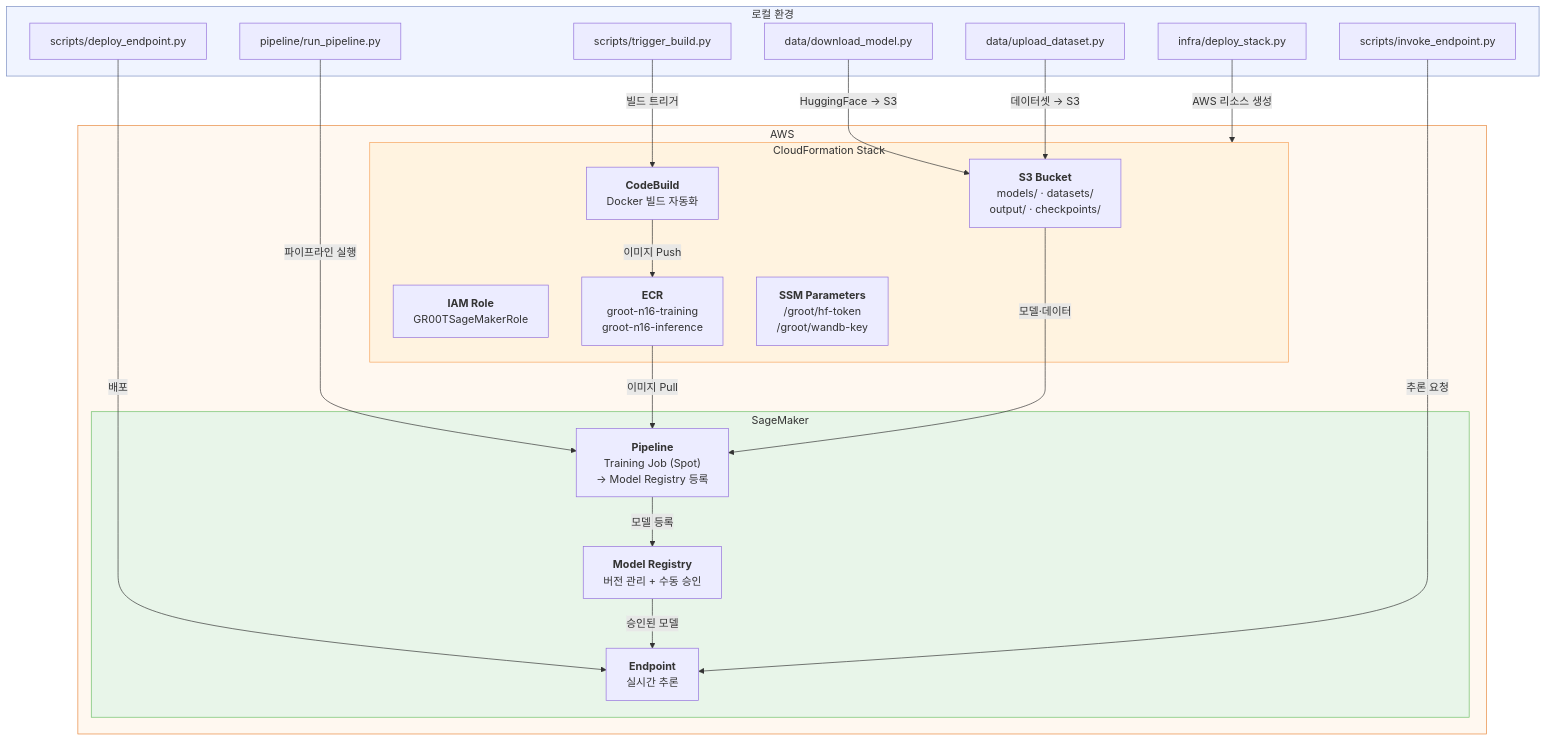
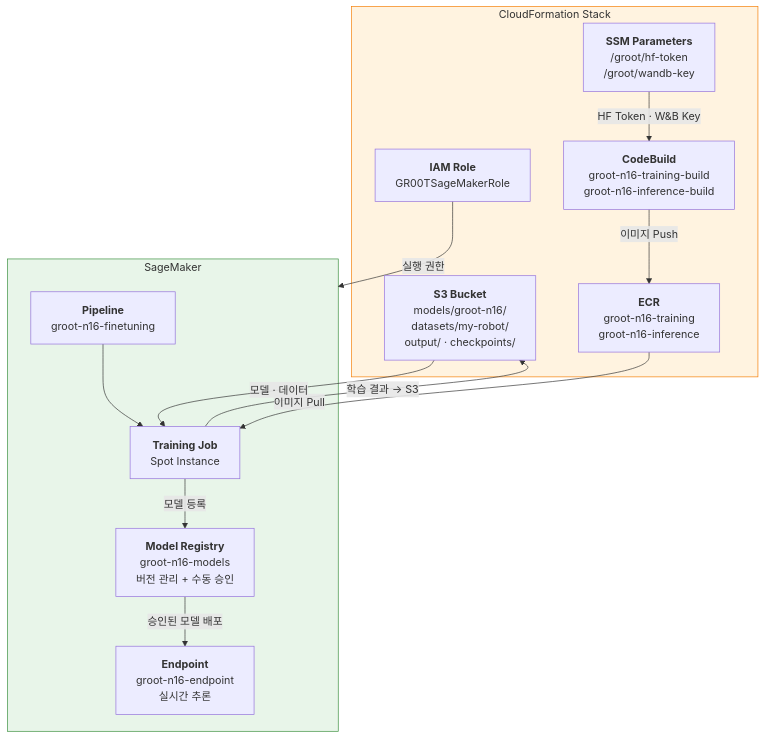
One commit to hi-space/aws-physical-ai-recipes changed the third of 3 diagrams in groot-sm-training/README.md. Above: the diagram before and after it, drawn with Mermaid. The commit also changed other lines of this file, not shown here.

Commit message:
docs: replace ASCII diagrams with Mermaid in READMEs

````diff
--- a/groot-sm-training/README.md
+++ b/groot-sm-training/README.md
@@ -48,46 +82,30 @@
 ```mermaid
-graph TB
-    subgraph LOCAL ["로컬 환경"]
-        L1["infra/deploy_stack.py"]
-        L2["data/download_model.py"]
-        L3["data/upload_dataset.py"]
-        L4["scripts/trigger_build.py"]
-        L5["pipeline/run_pipeline.py"]
-        L6["scripts/deploy_endpoint.py"]
-        L7["scripts/invoke_endpoint.py"]
+flowchart TB
+    subgraph CFN ["CloudFormation Stack"]
+        S3["<b>S3 Bucket</b><br/>models/groot-n16/<br/>datasets/my-robot/<br/>output/ · checkpoints/"]
+        IAM["<b>IAM Role</b><br/>GR00TSageMakerRole"]
+        ECR["<b>ECR</b><br/>groot-n16-training<br/>groot-n16-inference"]
+        CB["<b>CodeBuild</b><br/>groot-n16-training-build<br/>groot-n16-inference-build"]
+        SSM["<b>SSM Parameters</b><br/>/groot/hf-token<br/>/groot/wandb-key"]
     end
 
-    subgraph AWS ["AWS"]
-        subgraph CFN ["CloudFormation Stack"]
-            S3["<b>S3 Bucket</b><br/>models/ · datasets/<br/>output/ · checkpoints/"]
-            IAM["<b>IAM Role</b><br/>GR00TSageMakerRole"]
-            ECR["<b>ECR</b><br/>groot-n16-training<br/>groot-n16-inference"]
-            CB["<b>CodeBuild</b><br/>Docker 빌드 자동화"]
-            SSM["<b>SSM Parameters</b><br/>/groot/hf-token<br/>/groot/wandb-key"]
-        end
-
-        subgraph SM ["SageMaker"]
-            PIPE["<b>Pipeline</b><br/>Training Job (Spot)<br/>→ Model Registry 등록"]
-            MR["<b>Model Registry</b><br/>버전 관리 + 수동 승인"]
-            EP["<b>Endpoint</b><br/>실시간 추론"]
-        end
+    subgraph SM ["SageMaker"]
+        PIPE["<b>Pipeline</b><br/>groot-n16-finetuning"]
+        TJ["<b>Training Job</b><br/>Spot Instance"]
+        MR["<b>Model Registry</b><br/>groot-n16-models<br/>버전 관리 + 수동 승인"]
+        EP["<b>Endpoint</b><br/>groot-n16-endpoint<br/>실시간 추론"]
     end
 
-    L1 -->|AWS 리소스 생성| CFN
-    L2 -->|HuggingFace → S3| S3
-    L3 -->|데이터셋 → S3| S3
-    L4 -->|빌드 트리거| CB
-    CB -->|이미지 Push| ECR
-    L5 -->|파이프라인 실행| PIPE
-    ECR -->|이미지 Pull| PIPE
-    S3 -->|모델·데이터| PIPE
-    PIPE -->|모델 등록| MR
-    L6 -->|배포| EP
-    MR -->|승인된 모델| EP
-    L7 -->|추론 요청| EP
+    CB -->|"이미지 Push"| ECR
+    ECR -->|"이미지 Pull"| TJ
+    S3 -->|"모델 · 데이터"| TJ
+    SSM -->|"HF Token · W&B Key"| CB
+    IAM -->|"실행 권한"| SM
+    PIPE --> TJ
+    TJ -->|"학습 결과 → S3"| S3
+    TJ -->|"모델 등록"| MR
+    MR -->|"승인된 모델 배포"| EP
 
-    style LOCAL fill:#f0f4ff,stroke:#7b8ec2,color:#333
-    style AWS fill:#fff8f0,stroke:#e8873a,color:#333
-    style CFN fill:#fff3e0,stroke:#f7a35c,color:#333
-    style SM fill:#e8f5e9,stroke:#6dbf67,color:#333
+    style CFN fill:#fff3e0,stroke:#f57c00,color:#333
+    style SM fill:#e8f5e9,stroke:#388e3c,color:#333
 ```
````
